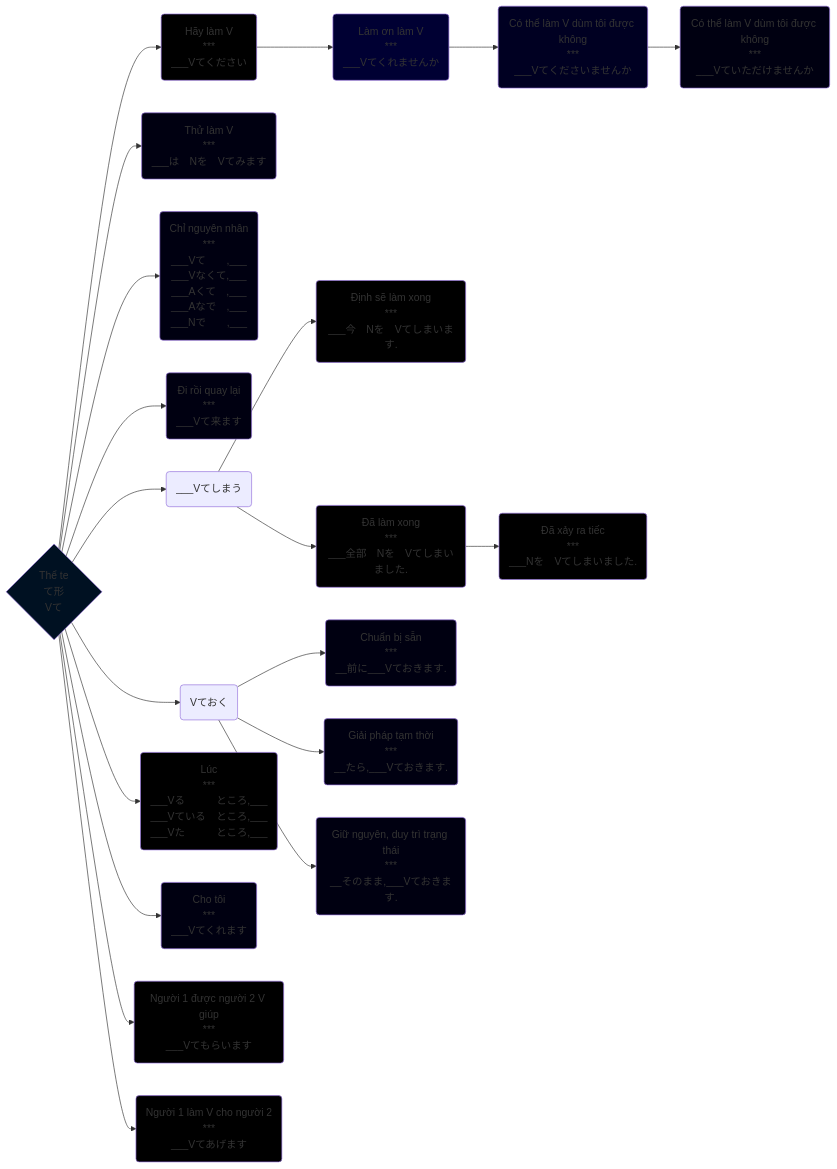
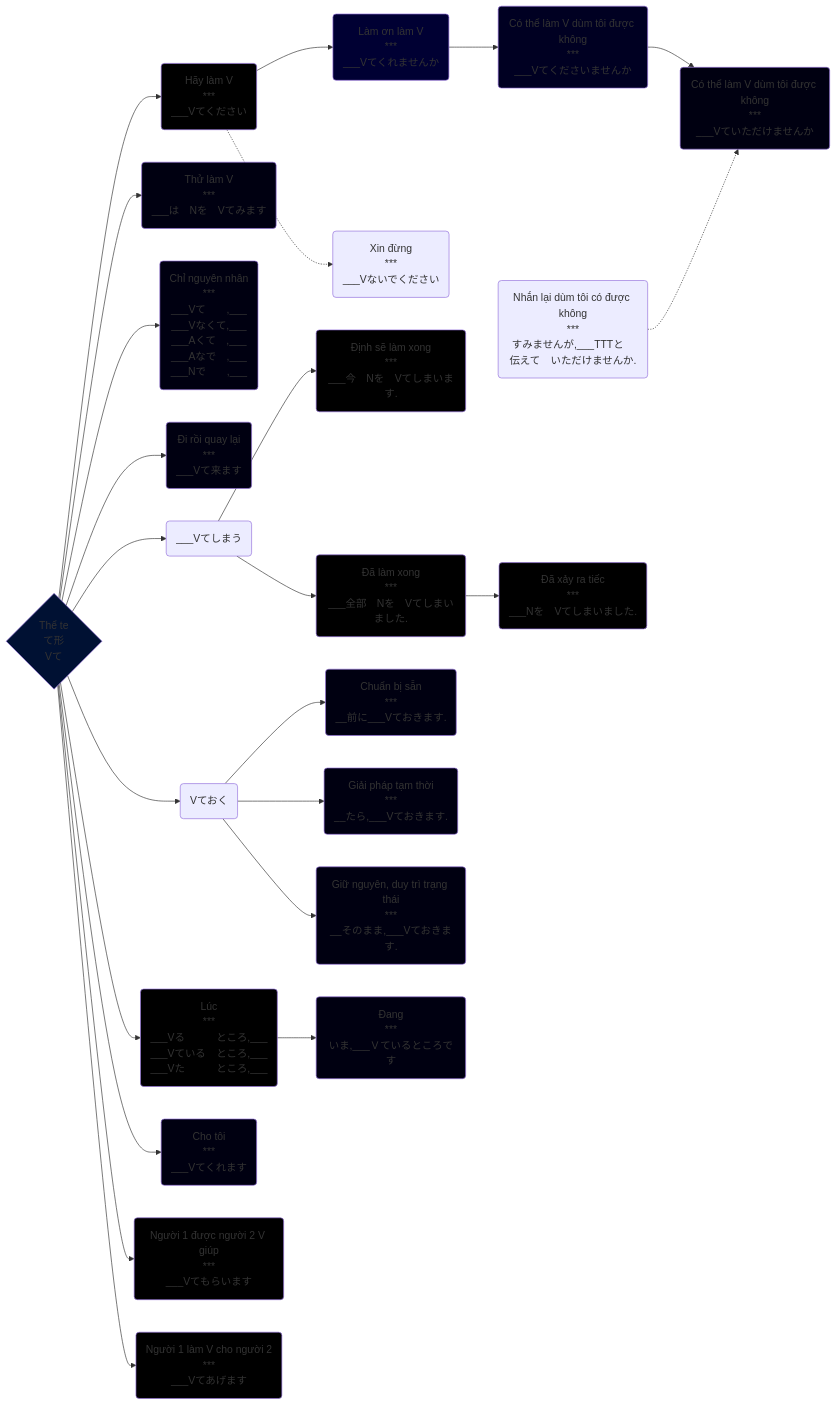
One commit to tea1504/learn changed the diagram in The/て形.md. Above: the diagram before and after it, drawn with Mermaid. The commit also changed 9 other files, not shown here.

````diff
--- a/The/て形.md
+++ b/The/て形.md
@@ -2,43 +2,47 @@
 ```mermaid
 graph LR;
     V{Thể te\nて形\nVて}
 
     V-->hayLamV(Hãy làm V\n***\n___Vてください)
     hayLamV-->lamOn(Làm ơn làm V\n***\n___Vてくれませんか)
     lamOn-->coThemLamVGiupToiDuocKhong1(Có thể làm V dùm tôi được không\n***\n___Vてくださいませんか)
     coThemLamVGiupToiDuocKhong1-->coThemLamVGiupToiDuocKhong2(Có thể làm V dùm tôi được không\n***\n___Vていただけませんか)
+    nhanLaiDumToi(Nhắn lại dùm tôi có được không\n***\nすみませんが,___TTTと　伝えて　いただけませんか.)-.->coThemLamVGiupToiDuocKhong2
     V-->thuLamV(Thử làm V\n***\n___は　Nを　Vてみます)
     V-->chiNguyenNhan(Chỉ nguyên nhân\n***\n___Vて　　,___\n___Vなくて,___\n___Aくて　,___\n___Aなで　,___\n___Nで　　,___)
     V-->diRoiQuayLai(Đi rồi quay lại\n***\n___Vて来ます)
     V-->simau(___Vてしまう)
     simau-->dinhSeLamXong(Định sẽ làm xong\n***\n___今　Nを　Vてしまいます.)
     simau-->daLamXong(Đã làm xong\n***\n___全部　Nを　Vてしまいました.)
     daLamXong-->daXayRa(Đã xảy ra tiếc\n***\n___Nを　Vてしまいました.)
     V-->oku(Vておく)
     oku-->chuanBiSan(Chuẩn bị sẵn\n***\n__前に___Vておきます.)
     oku-->giaiPhapTamThoi(Giải pháp tạm thời\n***\n__たら,___Vておきます.)
     oku-->giuNguyenDuyTriTrangThai(Giữ nguyên, duy trì trạng thái\n***\n__そのまま,___Vておきます.)
     V-->luc(Lúc\n***\n___Vる　　　ところ,___\n___Vている　ところ,___\n___Vた　　　ところ,___)
     V-->choToi(Cho tôi\n***\n___Vてくれます)
     V-->N1DuocN2VGiup(Người 1 được người 2 V giúp\n***\n___Vてもらいます)
     V-->N1LamVChoN2(Người 1 làm V cho người 2\n***\n___Vてあげます)
+    luc-->dang(Đang\n***\nいま,___Ｖているところです)
+    hayLamV-.->xinDung(Xin đừng\n***\n___Vないでください)
 
-    style V fill:#012
+    style V fill:#013
     style chiNguyenNhan fill:#001
     style choToi fill:#001
     style chuanBiSan fill:#001
     style coThemLamVGiupToiDuocKhong1 fill:#002
     style coThemLamVGiupToiDuocKhong2 fill:#001
     style daLamXong fill:#000
+    style dang fill:#001
     style daXayRa fill:#000
     style dinhSeLamXong fill:#000
     style diRoiQuayLai fill:#001
     style giaiPhapTamThoi fill:#001
     style giuNguyenDuyTriTrangThai fill:#001
     style hayLamV fill:#000
     style lamOn fill:#003
     style luc fill:#000
     style N1DuocN2VGiup fill:#000
     style N1LamVChoN2 fill:#000
     style thuLamV fill:#001
 ```
````
